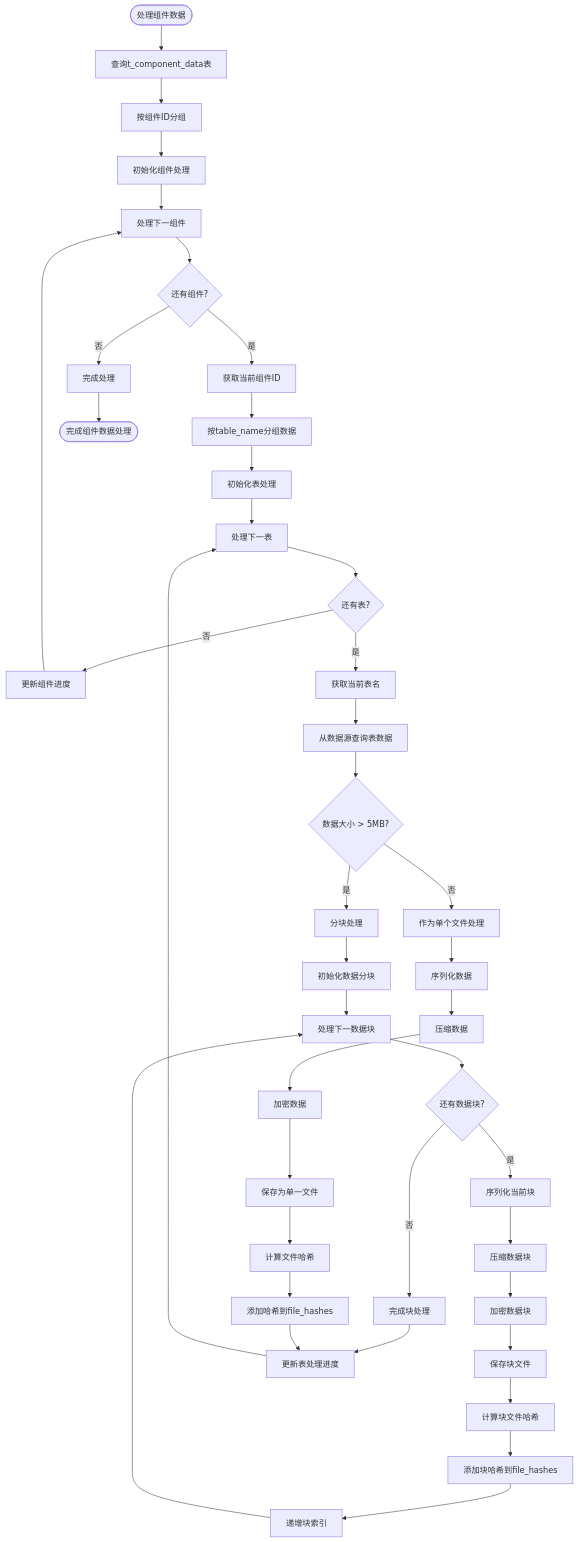
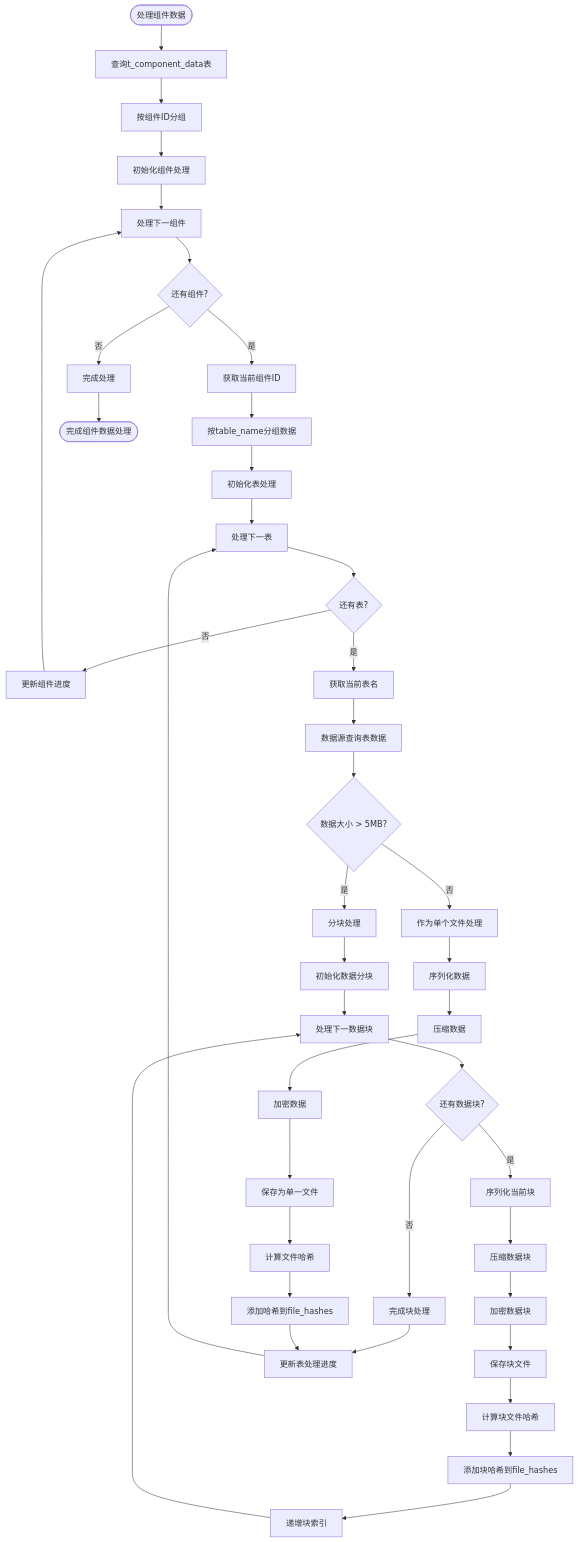
The diagram in all/未命名-53.md (yingjianzh/iodraw-files), drawn with Mermaid before and after one commit.

Commit message:
2025-05-09 15:43:08 update

````diff
--- a/all/未命名-53.md
+++ b/all/未命名-53.md
@@ -1,59 +1,59 @@
 ```mermaid
 
 flowchart TD
     Start([处理组件数据]) --> QueryDB[查询t_component_data表]
     QueryDB --> GroupByComp[按组件ID分组]
     GroupByComp --> InitCompProcess[初始化组件处理]
     
     InitCompProcess --> ProcessNextComp[处理下一组件]
     ProcessNextComp --> MoreComps{还有组件?}
     MoreComps -->|否| CompleteProcess[完成处理]
     MoreComps -->|是| GetCompID[获取当前组件ID]
     
     GetCompID --> GroupByTable[按table_name分组数据]
     GroupByTable --> InitTableProcess[初始化表处理]
     
     InitTableProcess --> ProcessNextTable[处理下一表]
     ProcessNextTable --> MoreTables{还有表?}
     MoreTables -->|否| UpdateCompProgress[更新组件进度]
     MoreTables -->|是| GetTableName[获取当前表名]
     
     UpdateCompProgress --> ProcessNextComp
     
-    GetTableName --> QueryTableData[从数据源查询表数据]
+    GetTableName --> QueryTableData[数据源查询表数据]
     QueryTableData --> DataSize{数据大小 > 5MB?}
     
     DataSize -->|否| ProcessSingleFile[作为单个文件处理]
     DataSize -->|是| ProcessMultipleChunks[分块处理]
     
     ProcessSingleFile --> SerializeData[序列化数据]
     SerializeData --> CompressData[压缩数据]
     CompressData --> EncryptData[加密数据]
     EncryptData --> SaveSingleFile[保存为单一文件]
     SaveSingleFile --> CalcFileHash[计算文件哈希]
     CalcFileHash --> AddToFileHashes[添加哈希到file_hashes]
     
 
 
     ProcessMultipleChunks --> InitChunks[初始化数据分块]
     InitChunks --> ProcessNextChunk[处理下一数据块]
     
     ProcessNextChunk --> MoreChunks{还有数据块?}
     MoreChunks -->|否| CompleteChunks[完成块处理]
     MoreChunks -->|是| SerializeChunk[序列化当前块]
     
     SerializeChunk --> CompressChunk[压缩数据块]
     CompressChunk --> EncryptChunk[加密数据块]
     EncryptChunk --> SaveChunkFile[保存块文件]
     SaveChunkFile --> CalcChunkHash[计算块文件哈希]
     CalcChunkHash --> AddChunkHash[添加块哈希到file_hashes]
     AddChunkHash --> IncrementChunkIndex[递增块索引]
     IncrementChunkIndex --> ProcessNextChunk
     
     CompleteChunks --> UpdateTableProgress[更新表处理进度]
     AddToFileHashes --> UpdateTableProgress
     UpdateTableProgress --> ProcessNextTable
     
     CompleteProcess --> End([完成组件数据处理])
 
 ```
````
